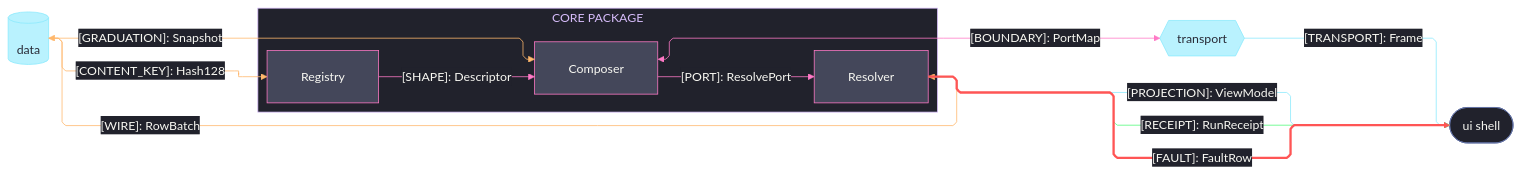
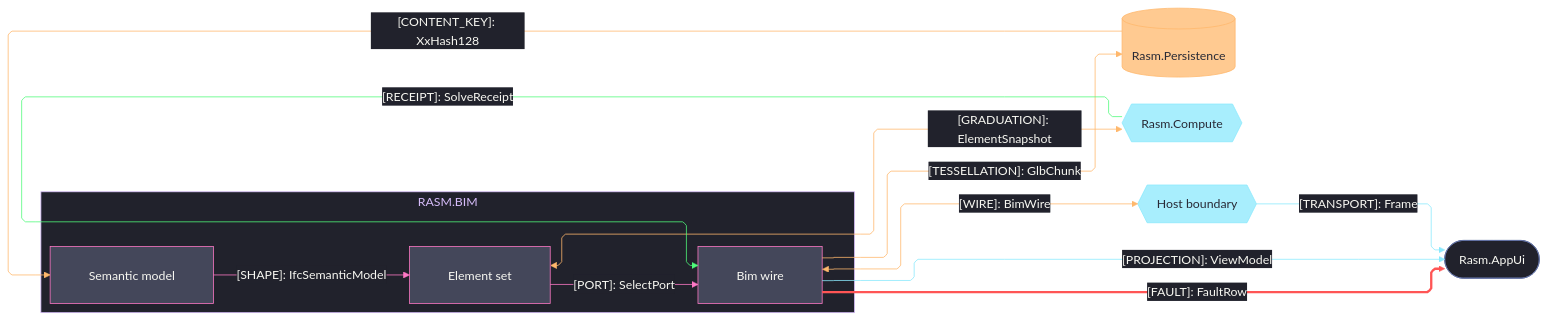
One commit to bsamiee/Rasm changed the diagram in .claude/skills/mermaid-diagramming/templates/seam-graph.mmd.md. Above: the diagram before and after it, drawn with Mermaid. The commit also changed other lines of this file and 56 other files, not shown here.

````diff
--- a/.claude/skills/mermaid-diagramming/templates/seam-graph.mmd.md
+++ b/.claude/skills/mermaid-diagramming/templates/seam-graph.mmd.md
@@ -5,61 +5,63 @@
 ```mermaid
 ---
 config:
   theme: base
   look: classic
   layout: elk
-  elk:
-    mergeEdges: true
   flowchart:
     curve: linear
-    padding: 22
+    padding: 25
   themeVariables:
     darkMode: true
     fontFamily: "SF Mono, Menlo, Cascadia Mono, Segoe UI Mono, Consolas, monospace"
     useGradient: false
     dropShadow: "none"
     background: "#282A36"
     primaryColor: "#44475A"
     primaryTextColor: "#F8F8F2"
     primaryBorderColor: "#BD93F9"
     lineColor: "#FF79C6"
     textColor: "#F8F8F2"
     clusterBkg: "#21222C"
     clusterBorder: "#D6BCFA"
     edgeLabelBackground: "#21222C"
     labelBackgroundColor: "#21222C"
     titleColor: "#D6BCFA"
-  themeCSS: ".nodeLabel{font-size:13px;font-weight:500}.edgeLabel{font-size:12px;font-weight:500}.cluster-label .nodeLabel{font-size:12.5px;font-weight:600;letter-spacing:.08em}.edge-thickness-normal{stroke-width:2px}.edge-thickness-thick{stroke-width:3px}.edge-pattern-dashed,.edge-pattern-dotted{stroke-width:1.5px;stroke-dasharray:4 6}.node rect,.node circle,.node polygon,.node path,.node .outer-path{stroke-width:1.5px;filter:none!important}.cluster rect{stroke-width:1px!important;stroke-dasharray:5 4!important;filter:none!important}.marker path,.marker circle{transform:scale(.8);transform-origin:5px 5px}.edgeLabel rect{transform-box:fill-box;transform-origin:center;transform:scale(1.1,1.2)}"
+  themeCSS: ".nodeLabel{font-size:13px;font-weight:500}.edgeLabel{font-size:12px;font-weight:500}.cluster-label .nodeLabel{font-size:13.5px;font-weight:700;letter-spacing:.08em}.edge-thickness-normal{stroke-width:2px}.edge-thickness-thick{stroke-width:3px}.edge-pattern-dashed,.edge-pattern-dotted{stroke-width:1.5px;stroke-dasharray:4 6}.node rect,.node circle,.node polygon,.node path,.node .outer-path{stroke-width:1.5px;filter:none!important}.cluster rect{stroke-width:1px!important;stroke-dasharray:5 4!important;filter:none!important}.marker path{transform:scale(.8);transform-origin:5px 5px}.marker circle{transform:scale(.48);transform-origin:5px 5px}.edgeLabel rect{transform-box:fill-box;transform-origin:center;transform:scale(1.1,1.2)}"
 ---
 flowchart LR
-    accTitle: Package seam registry
-    accDescr: Home package sub-domains exchanging kinded shapes with external counterparts, edge rails colored by kind and nodes classed by seam direction.
-    subgraph core[CORE PACKAGE]
-        Resolver[Resolver]
-        Registry[Registry]
-        Composer[Composer]
+    accTitle: Bim package seam registry
+    accDescr: Bim sub-domain owners exchanging kinded shapes with persistence, compute, the host boundary, and the app shell, edge rails colored by kind and nodes classed by seam direction.
+    subgraph bim[RASM.BIM]
+        Semantic[Semantic model]
+        ElementSet[Element set]
+        Wire[Bim wire]
     end
-    DataStore[(data)]
-    UiShell([ui shell])
-    Transport{{transport}}
-    Registry -->|"[SHAPE]: Descriptor"| Composer
-    Composer -->|"[PORT]: ResolvePort"| Resolver
-    Resolver <-->|"[WIRE]: RowBatch"| DataStore
-    DataStore -->|"[CONTENT_KEY]: Hash128"| Registry
-    DataStore -->|"[GRADUATION]: Snapshot"| Composer
-    Composer <-->|"[BOUNDARY]: PortMap"| Transport
-    Transport -->|"[TRANSPORT]: Frame"| UiShell
-    Resolver -->|"[PROJECTION]: ViewModel"| UiShell
-    Resolver -->|"[RECEIPT]: RunReceipt"| UiShell
-    Resolver -->|"[FAULT]: FaultRow"| UiShell
-    linkStyle 2,3,4 stroke:#FFB86C,color:#F8F8F2
-    linkStyle 6,7 stroke:#8BE9FD,color:#F8F8F2
-    linkStyle 8 stroke:#50FA7B,color:#F8F8F2
-    linkStyle 9 stroke:#FF5555,stroke-width:3px,color:#F8F8F2
+    Persistence[(Rasm.Persistence)]
+    Compute{{Rasm.Compute}}
+    Host{{Host boundary}}
+    AppUi([Rasm.AppUi])
+    Semantic -->|"[SHAPE]: IfcSemanticModel"| ElementSet
+    ElementSet -->|"[PORT]: SelectPort"| Wire
+    Wire <-->|"[WIRE]: BimWire"| Host
+    Persistence -->|"[CONTENT_KEY]: XxHash128"| Semantic
+    Wire -->|"[TESSELLATION]: GlbChunk"| Persistence
+    ElementSet <-->|"[GRADUATION]: ElementSnapshot"| Compute
+    Compute -->|"[RECEIPT]: SolveReceipt"| Wire
+    Wire -->|"[FAULT]: FaultRow"| AppUi
+    Wire -->|"[PROJECTION]: ViewModel"| AppUi
+    Host -->|"[TRANSPORT]: Frame"| AppUi
+    linkStyle 1 stroke:#FF79C6,color:#F8F8F2
+    linkStyle 2,3,4,5 stroke:#FFB86C,color:#F8F8F2
+    linkStyle 6 stroke:#50FA7B,color:#F8F8F2
+    linkStyle 7 stroke:#FF5555,stroke-width:3px,color:#F8F8F2
+    linkStyle 8,9 stroke:#8BE9FD,color:#F8F8F2
     classDef primary fill:#44475A,stroke:#FF79C6,color:#F8F8F2
-    classDef external fill:#8BE9FD99,stroke:#8BE9FD,color:#282A36
+    classDef external fill:#8BE9FDBF,stroke:#8BE9FD,color:#282A36
+    classDef data fill:#FFB86CBF,stroke:#FFB86C,color:#282A36
     classDef annotation fill:#21222C,stroke:#6272A4,color:#F8F8F2
-    class Resolver,Registry,Composer primary
-    class DataStore,Transport external
-    class UiShell annotation
+    class Semantic,ElementSet,Wire primary
+    class Compute,Host external
+    class Persistence data
+    class AppUi annotation
 ```
````
